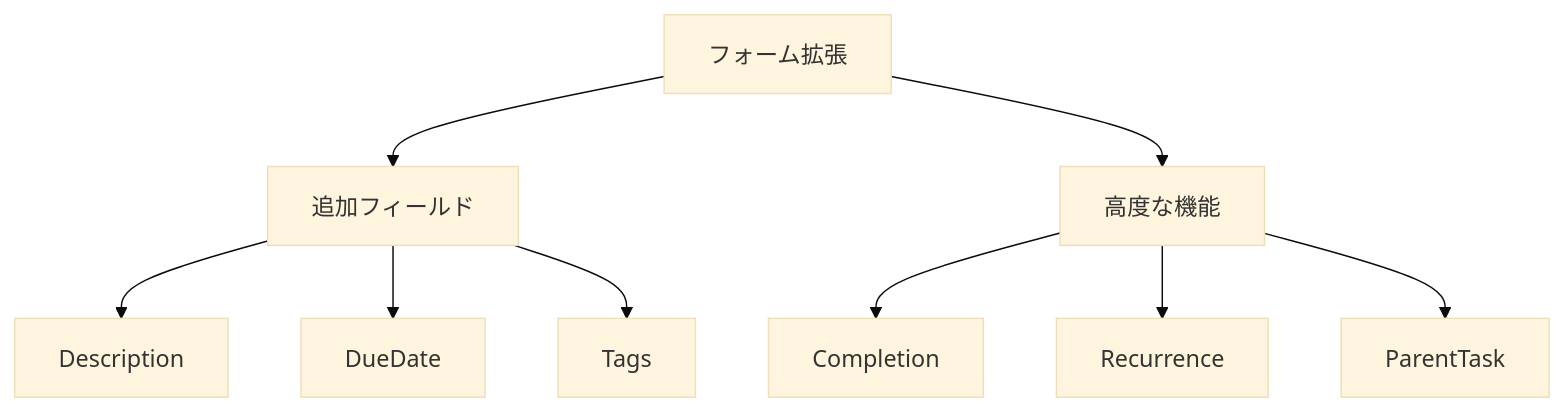
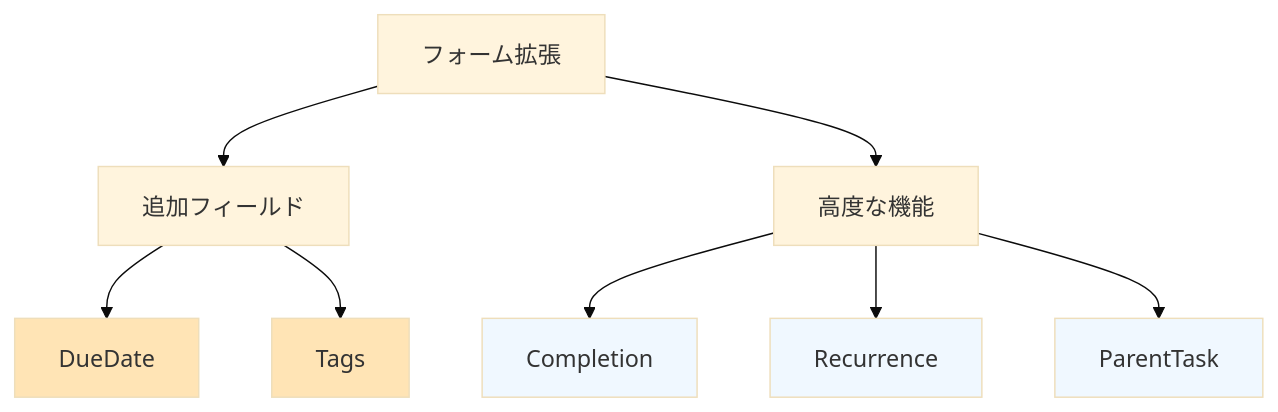
The first of 2 diagrams in memory-bank/activeContext.md (hushin-sandbox/try-rsbuild-tanstack), drawn with Mermaid (base theme) before and after one commit. The commit also changed other lines of this file and 3 other files, not shown here.

````diff
--- a/memory-bank/activeContext.md
+++ b/memory-bank/activeContext.md
@@ -34,11 +34,19 @@
 ```mermaid
 graph TD
     A[フォーム拡張] --> B[追加フィールド]
     A --> C[高度な機能]
-    B --> D[Description]
-    B --> E[DueDate]
-    B --> F[Tags]
-    C --> G[Completion]
-    C --> H[Recurrence]
-    C --> I[ParentTask]
+    B --> D[DueDate]
+    B --> E[Tags]
+    C --> F[Completion]
+    C --> G[Recurrence]
+    C --> H[ParentTask]
+
+    style D fill:#FFE4B5
+    style E fill:#FFE4B5
+    style F fill:#F0F8FF
+    style G fill:#F0F8FF
+    style H fill:#F0F8FF
+
+    classDef completed fill:#98FB98
+    class Description completed
 ```
````
